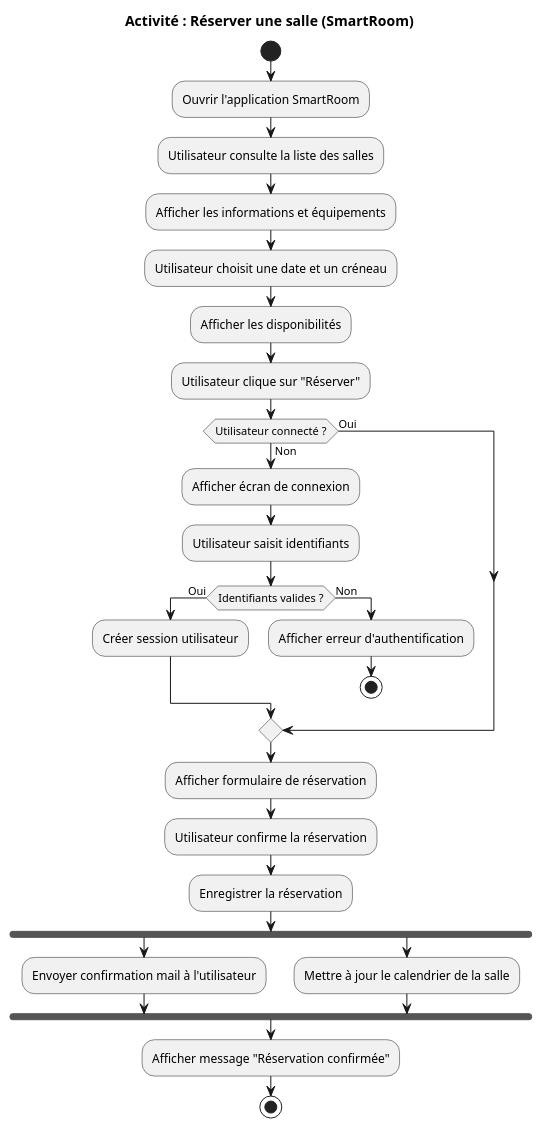
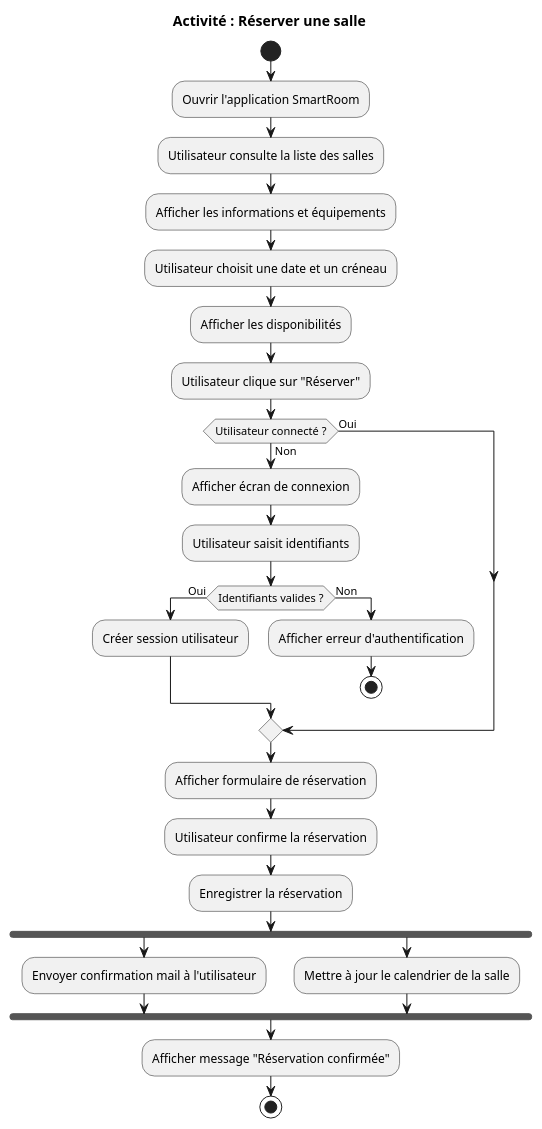
One commit to Antoine-NVE/smart-room changed the diagram in uml-diagrams/process-view/SmartRoom_Activity_BookRoom_Detailed.puml. Above: the diagram before and after it, drawn with PlantUML. The commit also changed 7 other files, not shown here.

Commit message:
docs: update uml diagram usecase with Kano & MoSCoW

```diff
--- a/uml-diagrams/process-view/SmartRoom_Activity_BookRoom_Detailed.puml
+++ b/uml-diagrams/process-view/SmartRoom_Activity_BookRoom_Detailed.puml
@@ -1,40 +1,40 @@
 @startuml SmartRoom_Activity_BookRoom_Detailed
-title Activité : Réserver une salle (SmartRoom)
+title Activité : Réserver une salle
 
 start
 
 :Ouvrir l'application SmartRoom;
 :Utilisateur consulte la liste des salles;
 :Afficher les informations et équipements;
 :Utilisateur choisit une date et un créneau;
 :Afficher les disponibilités;
 
 :Utilisateur clique sur "Réserver";
 
 if (Utilisateur connecté ?) then (Oui)
 else (Non)
     :Afficher écran de connexion;
     :Utilisateur saisit identifiants;
     
     if (Identifiants valides ?) then (Oui)
         :Créer session utilisateur;
     else (Non)
         :Afficher erreur d'authentification;
         stop
     endif
 
 endif 
 :Afficher formulaire de réservation;
 :Utilisateur confirme la réservation;
 :Enregistrer la réservation;
 
 fork
     :Envoyer confirmation mail à l'utilisateur;
 fork again
     :Mettre à jour le calendrier de la salle;
 end fork
 
 :Afficher message "Réservation confirmée";
 stop
 
 @enduml
```
